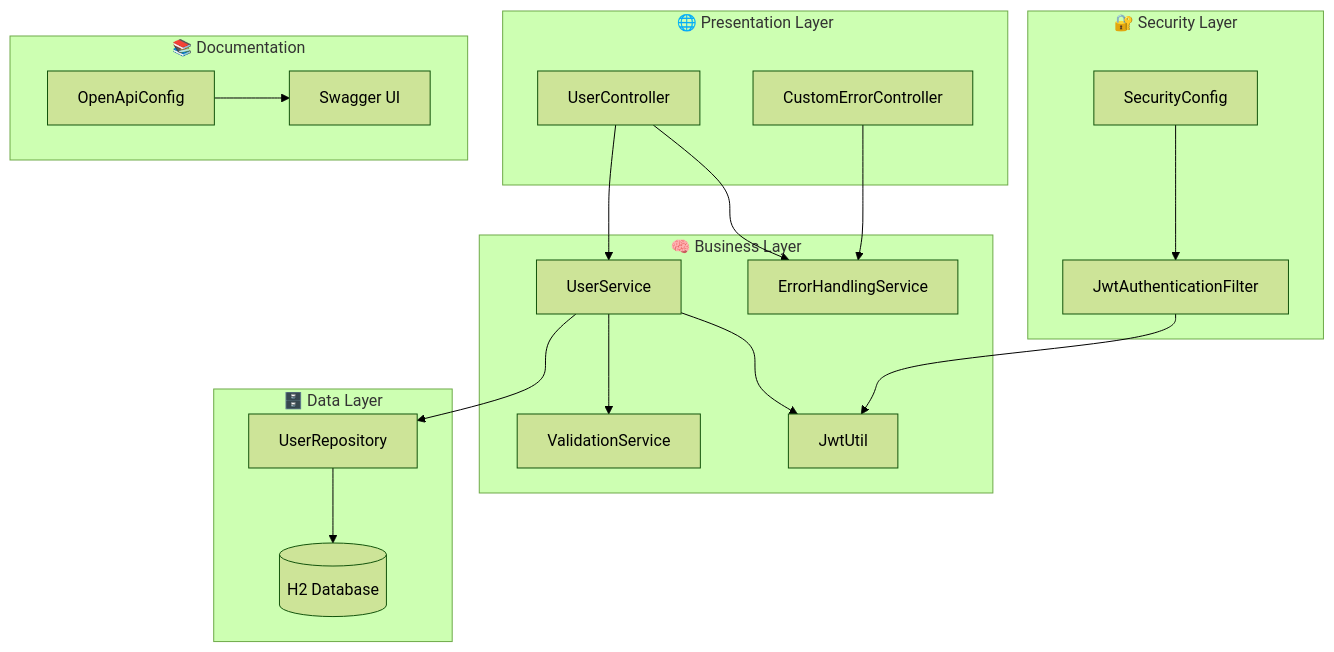
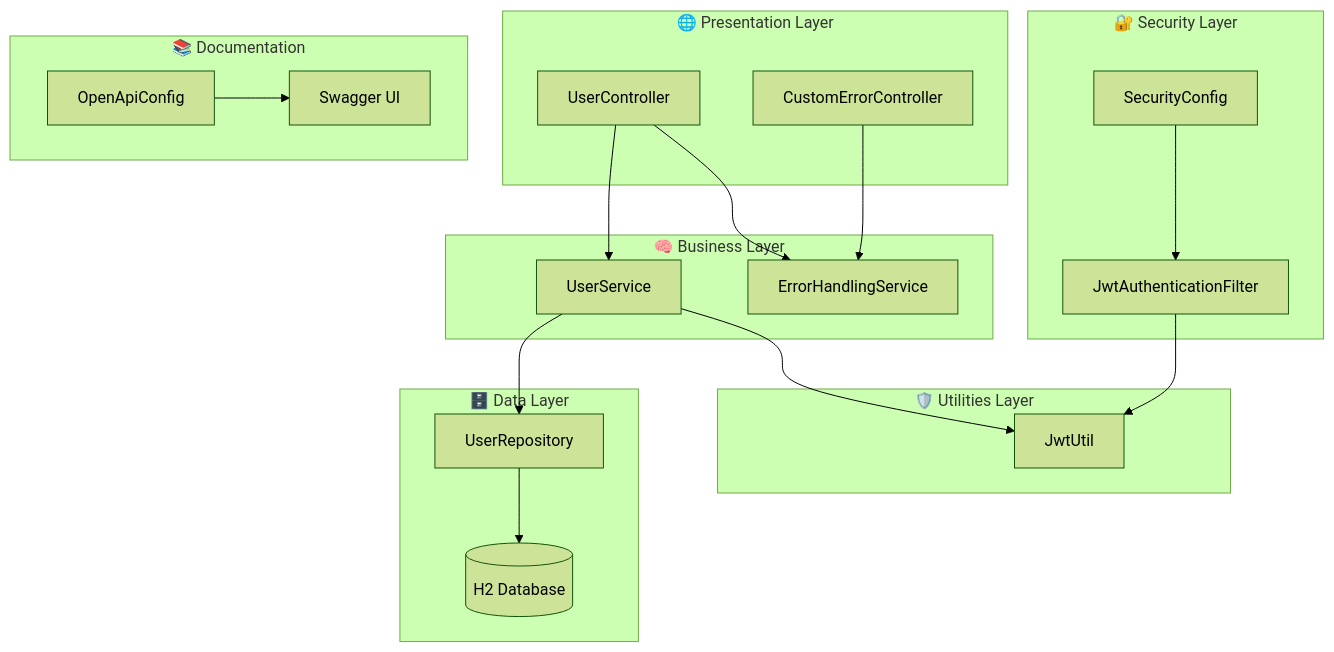
One commit to rwangnet/nissum_tech_challenge changed the second of 5 diagrams in ARCHITECTURE.md. Above: the diagram before and after it, drawn with Mermaid (forest theme). The commit also changed other lines of this file, not shown here.

Commit message:
Fix ARCHITECTURE.md: Remove unrequired references.

````diff
--- a/ARCHITECTURE.md
+++ b/ARCHITECTURE.md
@@ -413,43 +418,44 @@
 ```mermaid
 graph TB
     subgraph "🌐 Presentation Layer"
         UC[UserController]
         CEC[CustomErrorController]
     end
     
     subgraph "🧠 Business Layer"
         US[UserService]
         EHS[ErrorHandlingService]
-        VS[ValidationService]
+    end
+    
+    subgraph "🛡️ Utilities Layer"
         JU[JwtUtil]
     end
     
     subgraph "🗄️ Data Layer"
         UR[UserRepository]
         DB[(H2 Database)]
     end
     
     subgraph "🔐 Security Layer"
         SC[SecurityConfig]
         JAF[JwtAuthenticationFilter]
     end
     
     subgraph "📚 Documentation"
         OAC[OpenApiConfig]
         SW[Swagger UI]
     end
     
     UC --> US
     UC --> EHS
     US --> UR
-    US --> VS
     US --> JU
     UR --> DB
     
     JAF --> JU
     SC --> JAF
     
     OAC --> SW
     
     CEC --> EHS
 ```
````
